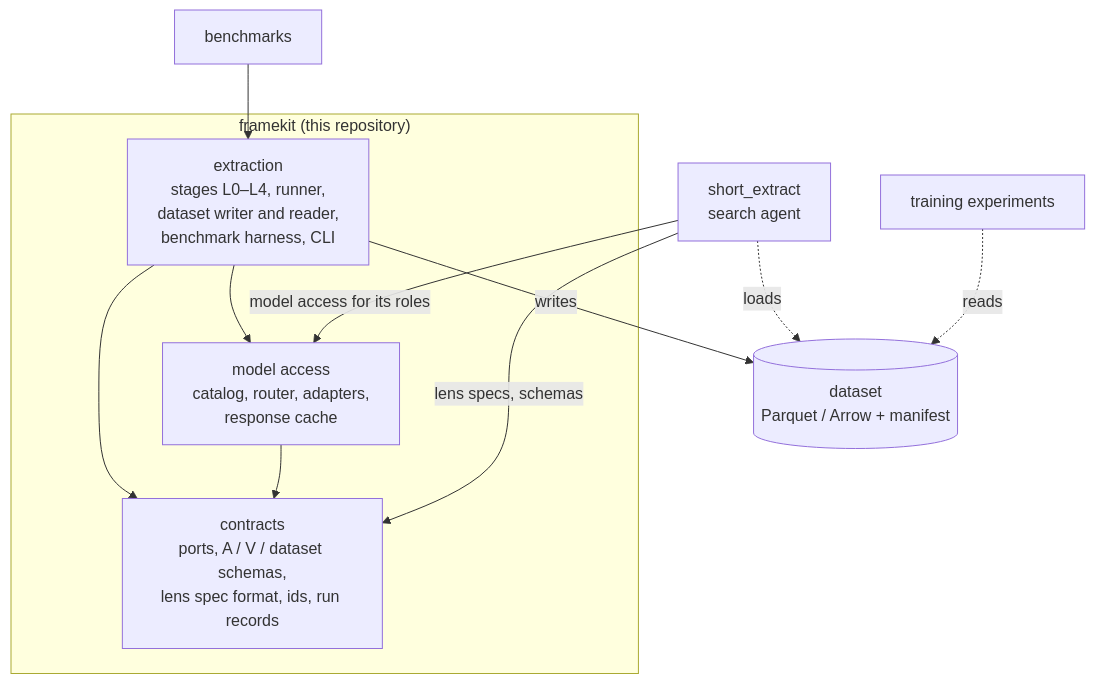
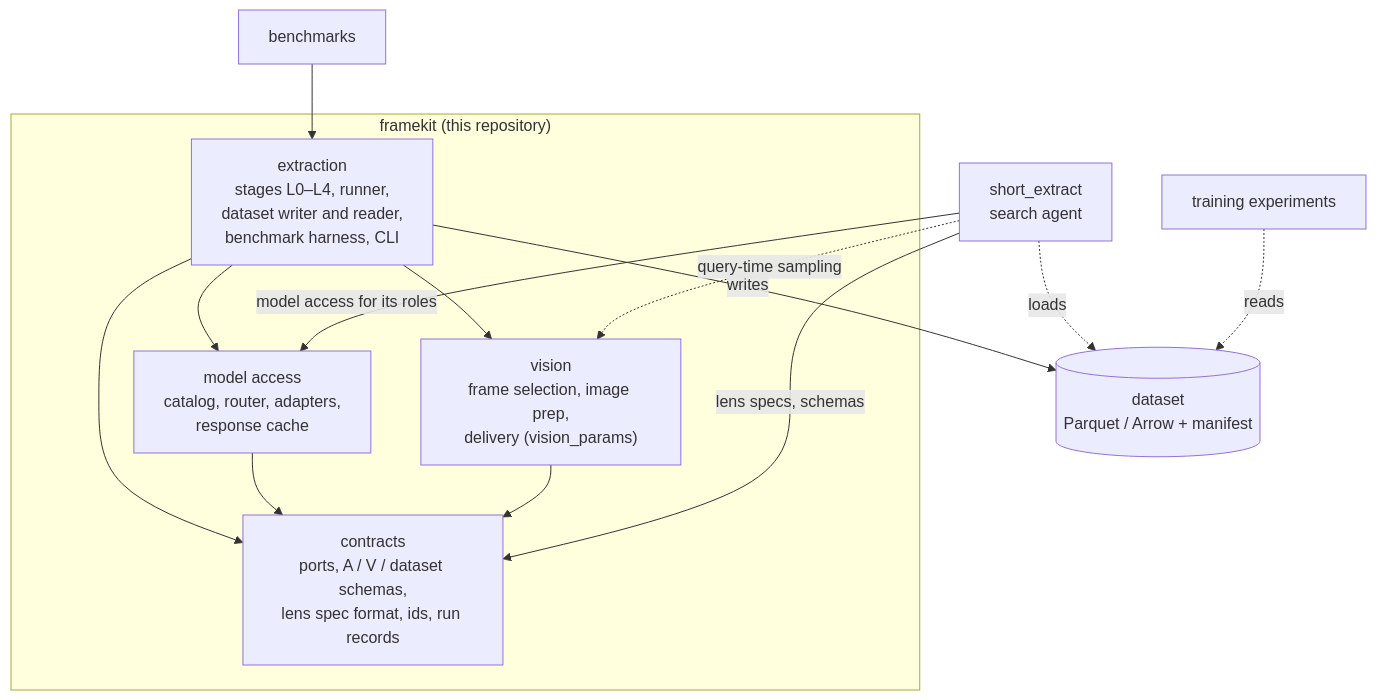
One commit to edyhtan/framekit changed the first of 4 diagrams in docs/ARCHITECTURE.md. Above: the diagram before and after it, drawn with Mermaid. The commit also changed other lines of this file and 4 other files, not shown here.

Commit message:
Vision parameters as their own structured data (vision_params)

````diff
--- a/docs/ARCHITECTURE.md
+++ b/docs/ARCHITECTURE.md
@@ -13,22 +13,26 @@
 ```mermaid
 flowchart TB
     subgraph LIB["framekit (this repository)"]
         CT["contracts<br/>ports, A / V / dataset schemas,<br/>lens spec format, ids, run records"]
         MA["model access<br/>catalog, router, adapters,<br/>response cache"]
+        VI["vision<br/>frame selection, image prep,<br/>delivery (vision_params)"]
         EX["extraction<br/>stages L0–L4, runner,<br/>dataset writer and reader,<br/>benchmark harness, CLI"]
     end
     APP["short_extract<br/>search agent"]
     BEN["benchmarks"]
     TRN["training experiments"]
     DS[("dataset<br/>Parquet / Arrow + manifest")]
 
     EX --> MA
+    EX --> VI
     EX --> CT
     MA --> CT
+    VI --> CT
     EX -- "writes" --> DS
     APP -- "model access for its roles" --> MA
     APP -- "lens specs, schemas" --> CT
+    APP -. "query-time sampling" .-> VI
     APP -. "loads" .-> DS
     BEN --> EX
     TRN -. "reads" .-> DS
 ```
````
